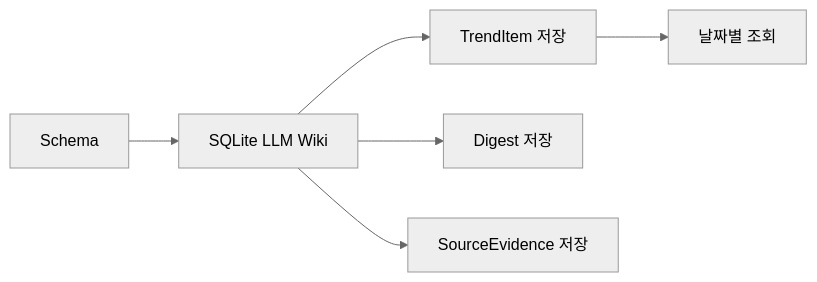
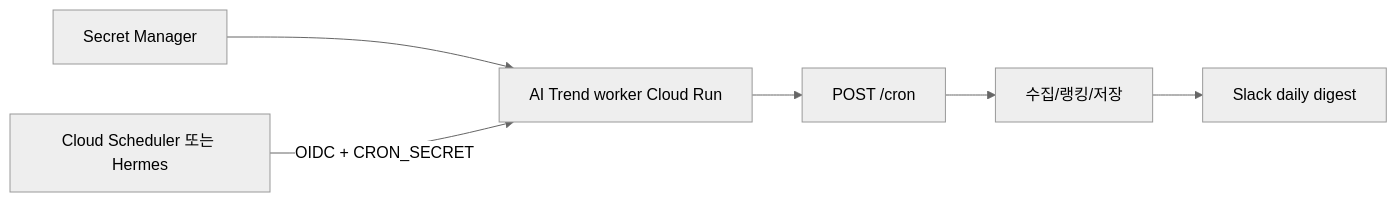
One commit to SujinHuh/ai-trend-agent changed the second of 2 diagrams in README.md. Above: the diagram before and after it, drawn with Mermaid (neutral theme). The commit also changed other lines of this file and 41 other files, not shown here.

Commit message:
feat: implement task 005 hermes cron

````diff
--- a/README.md
+++ b/README.md
@@ -84,8 +89,8 @@
 ```mermaid
 flowchart LR
-  A[Schema] --> B[SQLite LLM Wiki]
-  B --> C[TrendItem 저장]
-  B --> D[Digest 저장]
-  B --> E[SourceEvidence 저장]
-  C --> F[날짜별 조회]
+  A[Secret Manager] --> B[AI Trend worker Cloud Run]
+  C[Cloud Scheduler 또는 Hermes] -->|OIDC + CRON_SECRET| B
+  B --> D[POST /cron]
+  D --> E[수집/랭킹/저장]
+  E --> F[Slack daily digest]
 ```
````
